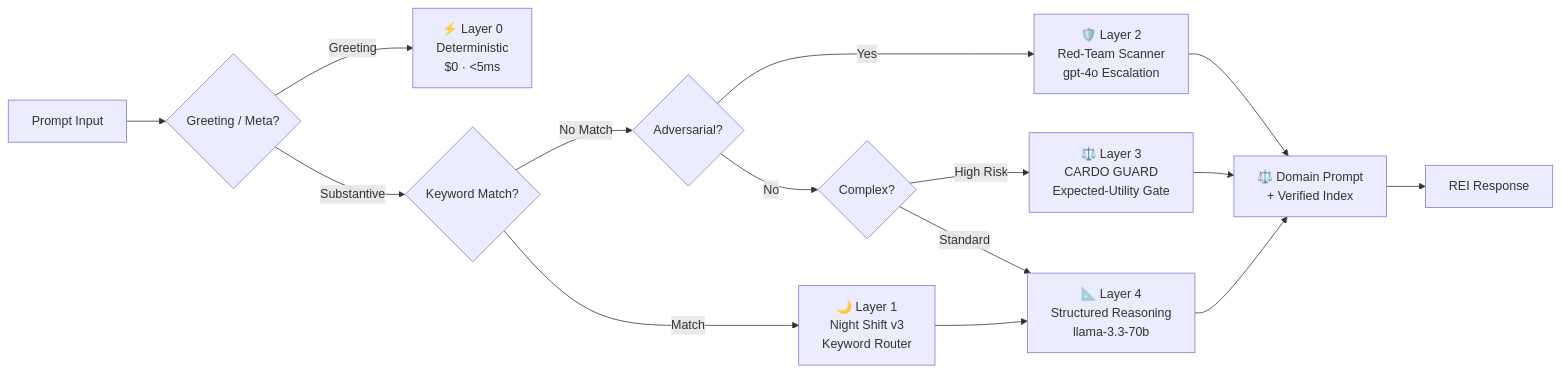
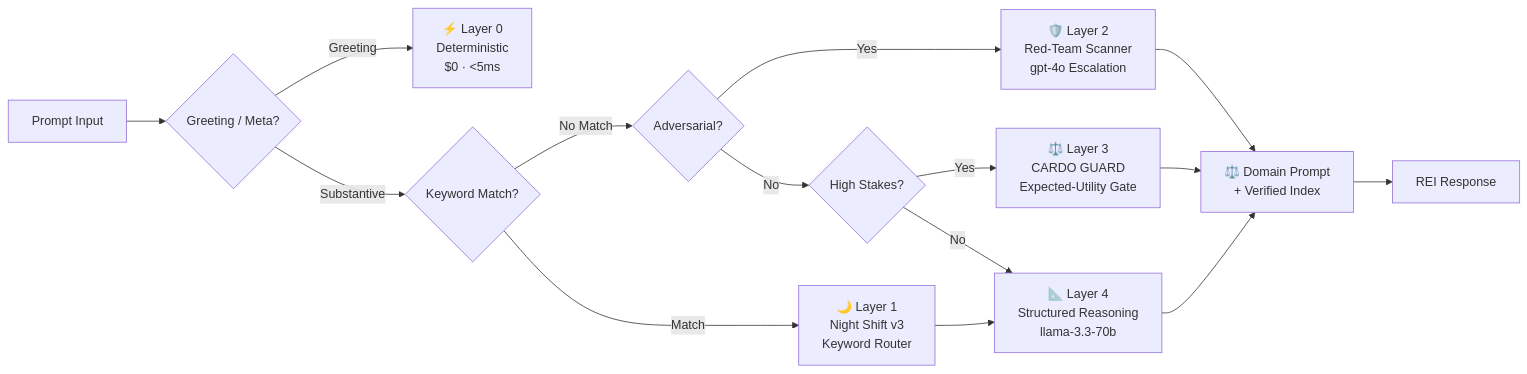
One commit to aaronmarchant96-max/rei-ai changed the diagram in README.md. Above: the diagram before and after it, drawn with Mermaid. The commit also changed other lines of this file, not shown here.

````diff
--- a/README.md
+++ b/README.md
@@ -37,17 +42,17 @@
 ```mermaid
 flowchart LR
     A[Prompt Input] --> B{Greeting / Meta?}
     B -->|Greeting| C[⚡ Layer 0<br/>Deterministic<br/>$0 · &lt;5ms]
     B -->|Substantive| D{Keyword Match?}
     D -->|Match| E[🌙 Layer 1<br/>Night Shift v3<br/>Keyword Router]
     D -->|No Match| F{Adversarial?}
     F -->|Yes| G[🛡️ Layer 2<br/>Red-Team Scanner<br/>gpt-4o Escalation]
-    F -->|No| H{Complex?}
-    H -->|High Risk| I[⚖️ Layer 3<br/>CARDO GUARD<br/>Expected-Utility Gate]
-    H -->|Standard| J[📐 Layer 4<br/>Structured Reasoning<br/>llama-3.3-70b]
+    F -->|No| H{High Stakes?}
+    H -->|Yes| I[⚖️ Layer 3<br/>CARDO GUARD<br/>Expected-Utility Gate]
+    H -->|No| J[📐 Layer 4<br/>Structured Reasoning<br/>llama-3.3-70b]
     E --> J
     G --> K[⚖️ Domain Prompt<br/>+ Verified Index]
     I --> K
     J --> K
     K --> L[REI Response]
 ```
````
